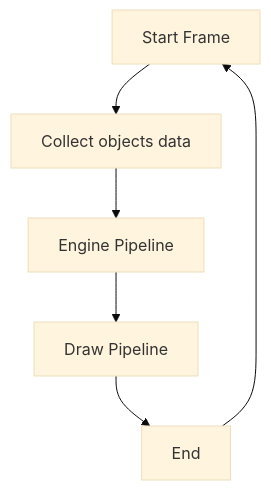
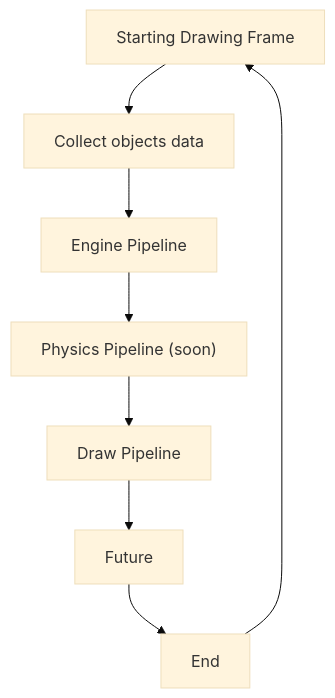
One commit to Delfi1/DEngine changed the third of 3 diagrams in README.md. Above: the diagram before and after it, drawn with Mermaid (base theme). The commit also changed other lines of this file and 9 other files, not shown here.

````diff
--- a/README.md
+++ b/README.md
@@ -31,9 +35,11 @@
 ```mermaid
 graph TD;
-    Frame[Start Frame];
-    Frame --> OD[Collect objects data]
+    Frame[Starting Drawing Frame];
+    Frame --> OD[Collect objects data];
     OD --> EP[Engine Pipeline];
-    EP --> DP[Draw Pipeline];
-    DP --> End;
-    End --> Frame
+    EP --> PP["Physics Pipeline (soon)"];
+    PP --> DP[Draw Pipeline];
+    DP --> Future;
+    Future --> End;
+    End --> Frame;
 ```
````
